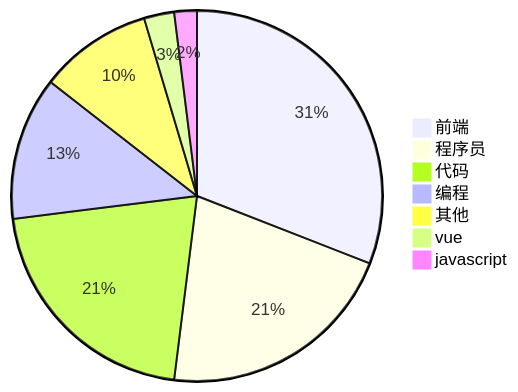
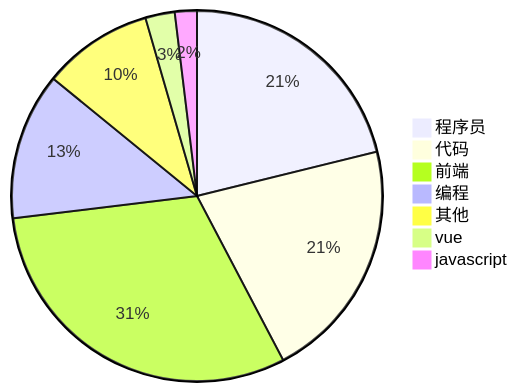
The diagram in douyin/RankingList.md (xieerduos/xieerduos.github.io), drawn with Mermaid before and after one commit. The commit also changed other lines of this file and 4 other files, not shown here.

````diff
--- a/douyin/RankingList.md
+++ b/douyin/RankingList.md
@@ -66,10 +70,10 @@
 ```Mermaid
 pie title 
-    "前端" : 47
-    "程序员" : 32
-    "代码" : 32
-    "编程" : 19
+    "程序员" : 33
+    "代码" : 33
+    "前端" : 48
+    "编程" : 20
     "其他" : 15
     "vue" : 4
     "javascript" : 3
 ```
````
